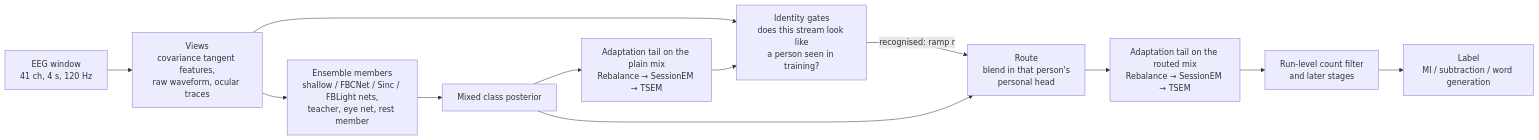
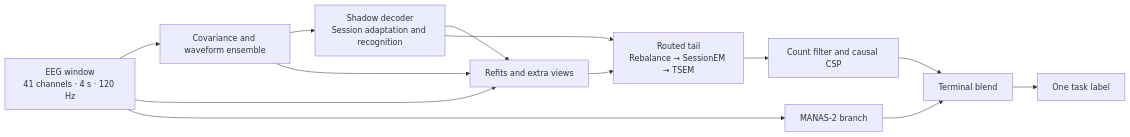
The first of 3 diagrams in README.md (SebastianBoehler/neural-interfaces-2026), drawn with Mermaid before and after one commit. The commit also changed other lines of this file and 376 other files, not shown here.

````diff
--- a/README.md
+++ b/README.md
@@ -36,14 +36,15 @@
 ```mermaid
 flowchart LR
-    W["EEG window<br/>41 ch, 4 s, 120 Hz"] --> V["Views<br/>covariance tangent features,<br/>raw waveform, ocular traces"]
-    V --> M["Ensemble members<br/>shallow / FBCNet / Sinc / FBLight nets,<br/>teacher, eye net, rest member"]
-    M --> MIX["Mixed class posterior"]
-    MIX --> T1["Adaptation tail on the plain mix<br/>Rebalance → SessionEM → TSEM"]
-    V --> G["Identity gates<br/>does this stream look like<br/>a person seen in training?"]
-    T1 --> G
-    G -->|"recognised: ramp r"| R["Route<br/>blend in that person's<br/>personal head"]
-    MIX --> R
-    R --> T2["Adaptation tail on the routed mix<br/>Rebalance → SessionEM → TSEM"]
-    T2 --> CF["Run-level count filter<br/>and later stages"]
-    CF --> Y["Label<br/>MI / subtraction / word generation"]
+    W["EEG window<br/>41 channels · 4 s · 120 Hz"] --> M["Covariance and waveform ensemble"]
+    M --> S["Shadow decoder<br/>Session adaptation and recognition"]
+    W --> R["Refits and extra views"]
+    M --> R
+    S --> R
+    S --> T["Routed tail<br/>Rebalance → SessionEM → TSEM"]
+    R --> T
+    T --> C["Count filter and causal CSP"]
+    W --> A["MANAS-2 branch"]
+    C --> F["Terminal blend"]
+    A --> F
+    F --> Y["One task label"]
 ```
````
